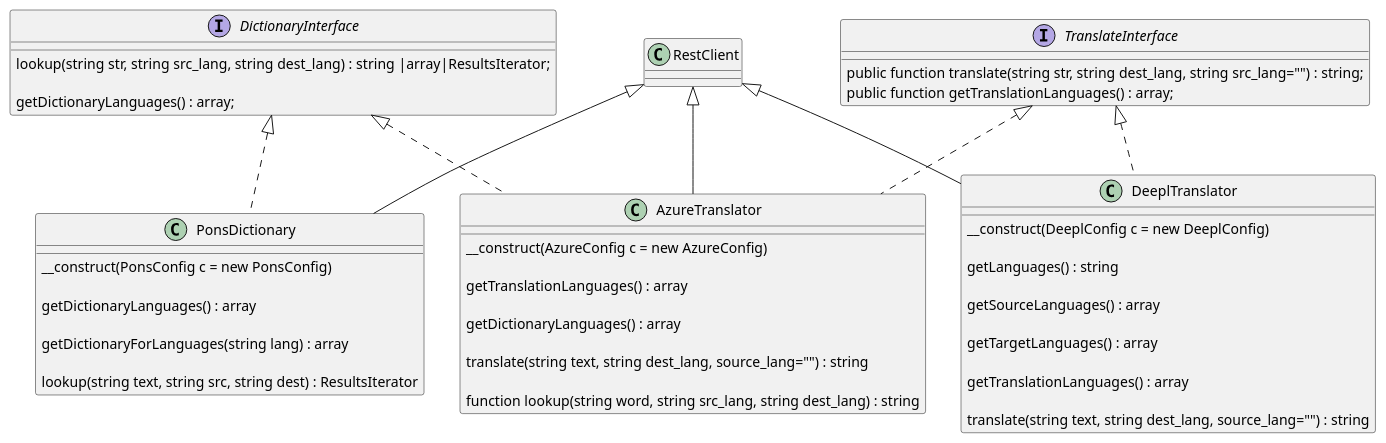
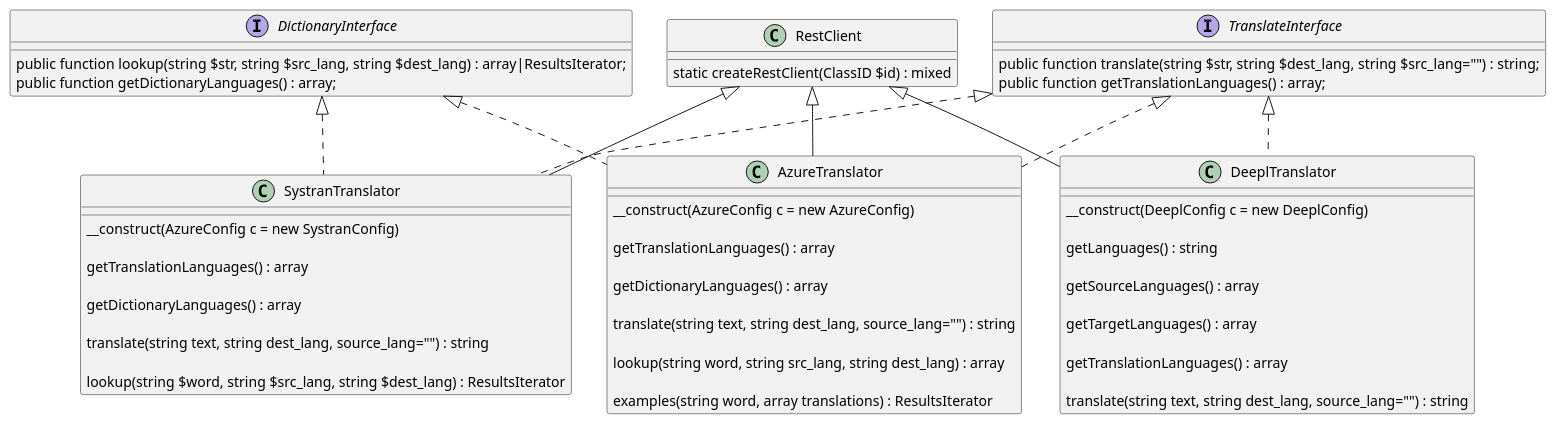
One commit to kurt-krueckeberg/php-translation-and-dictionary-rest-api-classes changed the first of 3 diagrams in README.md. Above: the diagram before and after it, drawn with PlantUML. The commit also changed other lines of this file and 4 other files, not shown here.

````diff
--- a/README.md
+++ b/README.md
@@ -40,53 +36,62 @@
 ```plantuml
 interface TranslateInterface {
 
-   public function translate(string str, string dest_lang, string src_lang="") : string; 
+   public function translate(string $str, string $dest_lang, string $src_lang="") : string;
    public function getTranslationLanguages() : array;
 }
 
 interface DictionaryInterface {
    
-   lookup(string str, string src_lang, string dest_lang) : string |array|ResultsIterator; 
+   public function lookup(string $str, string $src_lang, string $dest_lang) : array|ResultsIterator; 
+   public function getDictionaryLanguages() : array; 
+}
 
-   getDictionaryLanguages() : array;
+
+class RestClient {
+
+   static createRestClient(ClassID $id) : mixed
 }
 
 class AzureTranslator extends RestClient implements DictionaryInterface, TranslateInterface {
 
    __construct(AzureConfig c = new AzureConfig)
    
    getTranslationLanguages() : array
 
    getDictionaryLanguages() : array 
     
    translate(string text, string dest_lang, source_lang="") : string 
    
-   function lookup(string word, string src_lang, string dest_lang) : string 
+   lookup(string word, string src_lang, string dest_lang) : array 
+
+   examples(string word, array translations) : ResultsIterator
 }
 
 class DeeplTranslator extends RestClient implements TranslateInterface {
    
    __construct(DeeplConfig c = new DeeplConfig)
    
    getLanguages() : string
 
    getSourceLanguages() : array
 
    getTargetLanguages() : array
    
    getTranslationLanguages() : array
 
    translate(string text, string dest_lang, source_lang="") : string 
 }
 
-class PonsDictionary extends  RestClient implements DictionaryInterface {
+class SystranTranslator extends RestClient implements DictionaryInterface, TranslateInterface {
 
-   __construct(PonsConfig c = new PonsConfig)
+   __construct(AzureConfig c = new SystranConfig)
+   
+   getTranslationLanguages() : array
 
    getDictionaryLanguages() : array 
-
-   getDictionaryForLanguages(string lang) : array
-
-   lookup(string text, string src, string dest) : ResultsIterator
+    
+   translate(string text, string dest_lang, source_lang="") : string 
+   
+   lookup(string $word, string $src_lang, string $dest_lang) : ResultsIterator
 }
 ```
````
